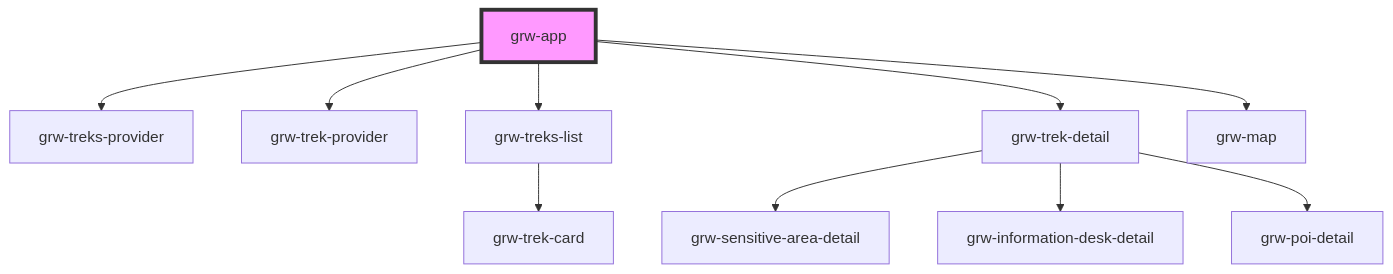
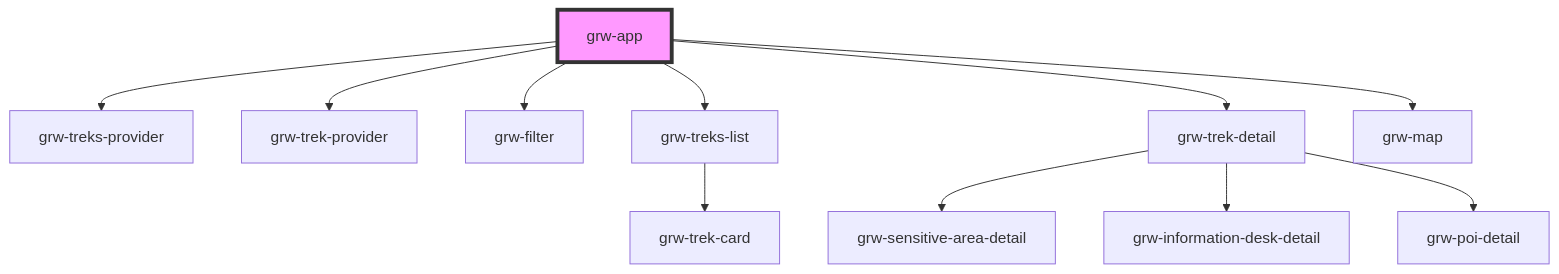
One commit to GeotrekCE/Geotrek-rando-widget changed the diagram in src/components/grw-app/readme.md. Above: the diagram before and after it, drawn with Mermaid. The commit also changed other lines of this file and 15 other files, not shown here.

````diff
--- a/src/components/grw-app/readme.md
+++ b/src/components/grw-app/readme.md
@@ -46,13 +47,14 @@
 ```mermaid
 graph TD;
   grw-app --> grw-treks-provider
   grw-app --> grw-trek-provider
+  grw-app --> grw-filter
   grw-app --> grw-treks-list
   grw-app --> grw-trek-detail
   grw-app --> grw-map
   grw-treks-list --> grw-trek-card
   grw-trek-detail --> grw-sensitive-area-detail
   grw-trek-detail --> grw-information-desk-detail
   grw-trek-detail --> grw-poi-detail
   style grw-app fill:#f9f,stroke:#333,stroke-width:4px
 ```
````
